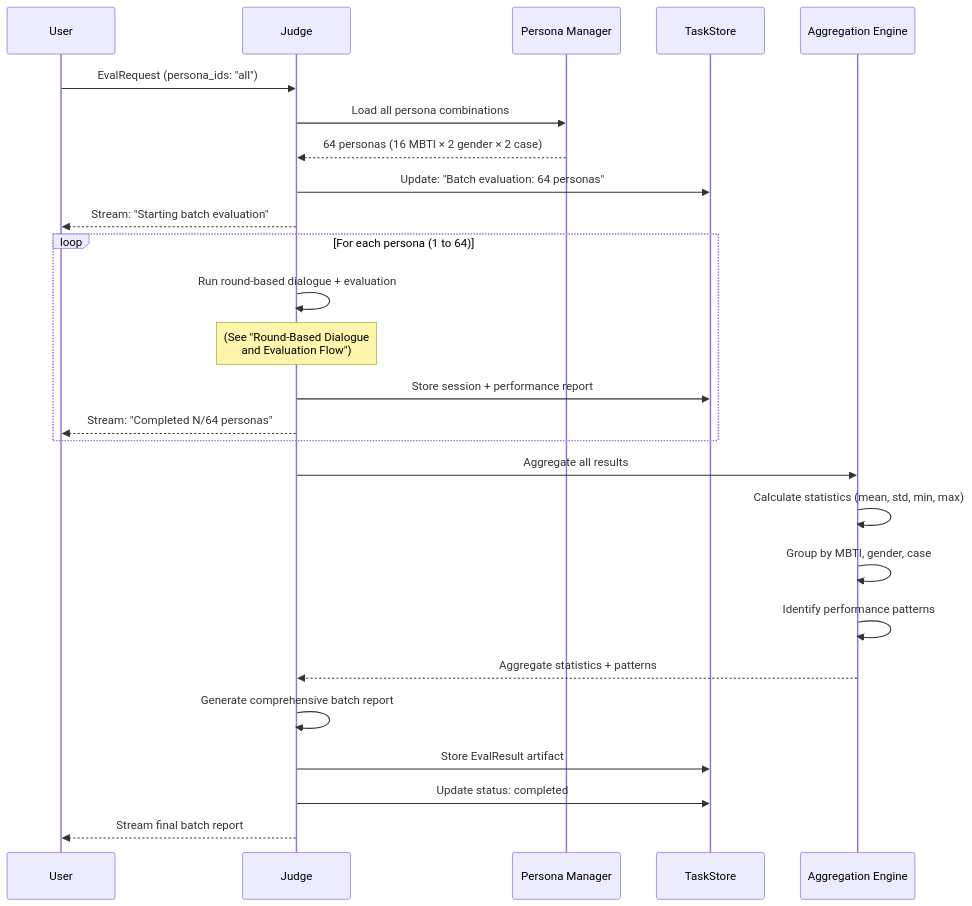
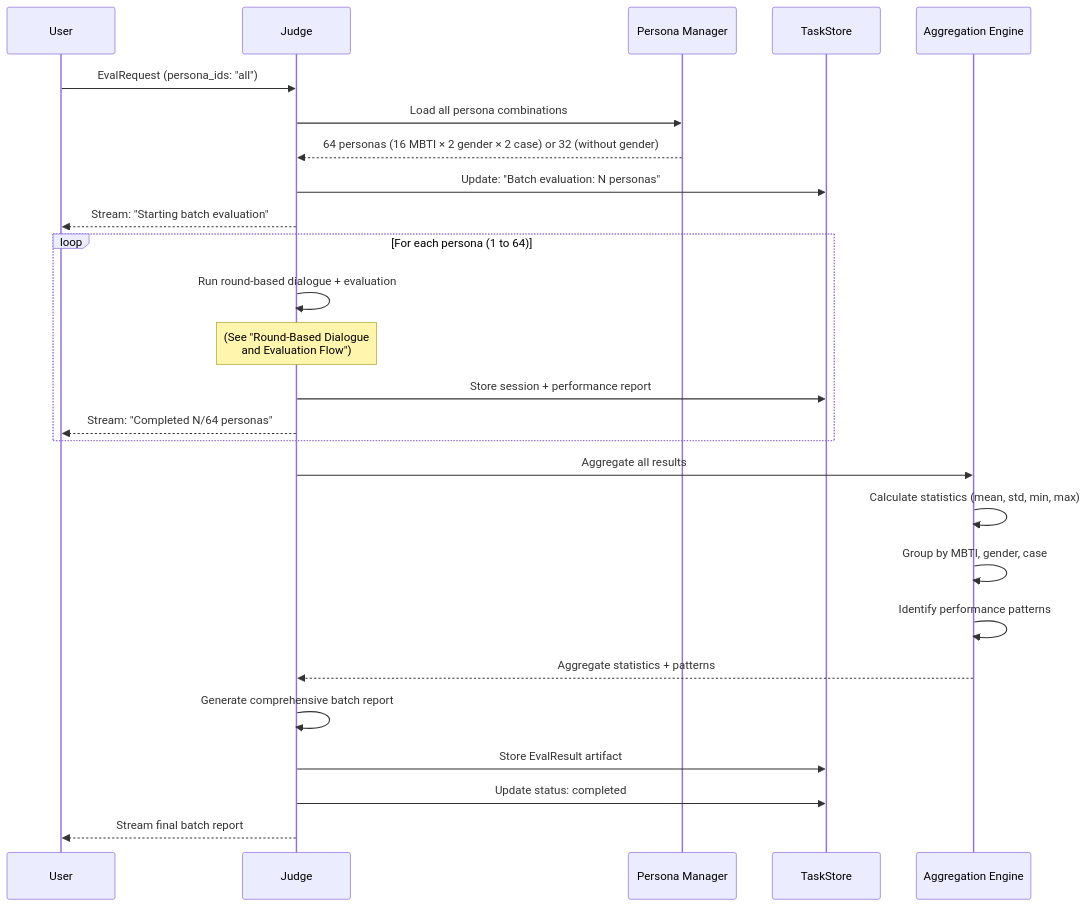
One commit to MadGAA-Lab/OSCE-Project-Stage2 changed the fourth of 4 diagrams in docs/system-architecture.md. Above: the diagram before and after it, drawn with Mermaid. The commit also changed other lines of this file and 6 other files, not shown here.

````diff
--- a/docs/system-architecture.md
+++ b/docs/system-architecture.md
@@ -593,33 +634,33 @@
 ```mermaid
 sequenceDiagram
     participant User
     participant Judge
     participant PersonaMgr as Persona Manager
     participant TaskStore
     participant AggEngine as Aggregation Engine
     
     User->>Judge: EvalRequest (persona_ids: "all")
     Judge->>PersonaMgr: Load all persona combinations
-    PersonaMgr-->>Judge: 64 personas (16 MBTI × 2 gender × 2 case)
+    PersonaMgr-->>Judge: 64 personas (16 MBTI × 2 gender × 2 case) or 32 (without gender)
     
-    Judge->>TaskStore: Update: "Batch evaluation: 64 personas"
+    Judge->>TaskStore: Update: "Batch evaluation: N personas"
     Judge-->>User: Stream: "Starting batch evaluation"
     
     loop For each persona (1 to 64)
         Judge->>Judge: Run round-based dialogue + evaluation
         Note over Judge: (See "Round-Based Dialogue<br/>and Evaluation Flow")
         Judge->>TaskStore: Store session + performance report
         Judge-->>User: Stream: "Completed N/64 personas"
     end
     
     Judge->>AggEngine: Aggregate all results
     AggEngine->>AggEngine: Calculate statistics (mean, std, min, max)
     AggEngine->>AggEngine: Group by MBTI, gender, case
     AggEngine->>AggEngine: Identify performance patterns
     AggEngine-->>Judge: Aggregate statistics + patterns
     
     Judge->>Judge: Generate comprehensive batch report
     Judge->>TaskStore: Store EvalResult artifact
     Judge->>TaskStore: Update status: completed
     Judge-->>User: Stream final batch report
 ```
````
